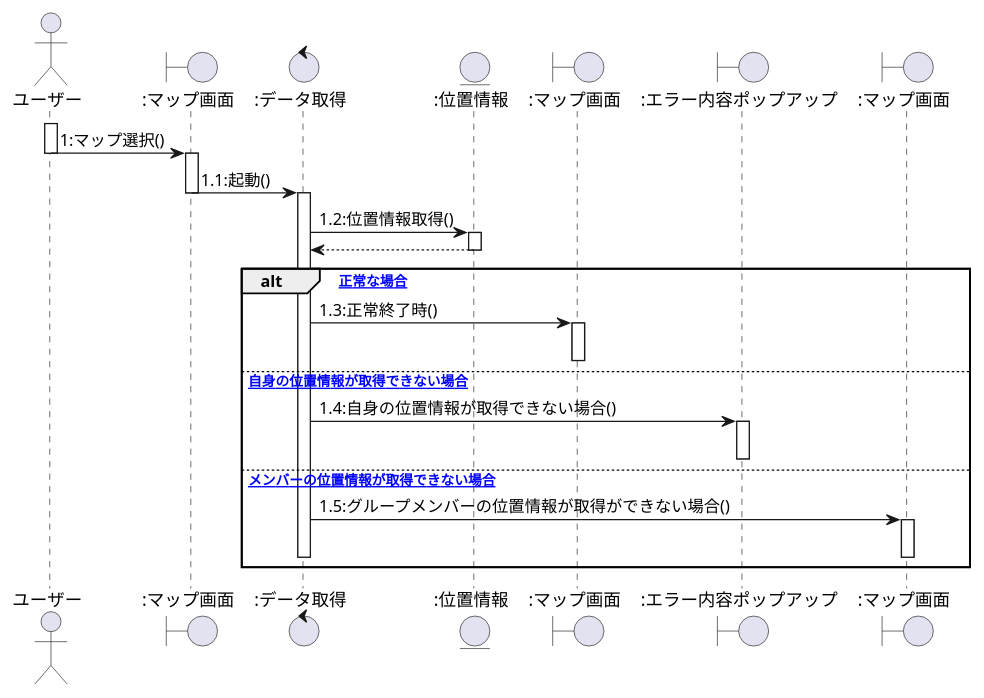
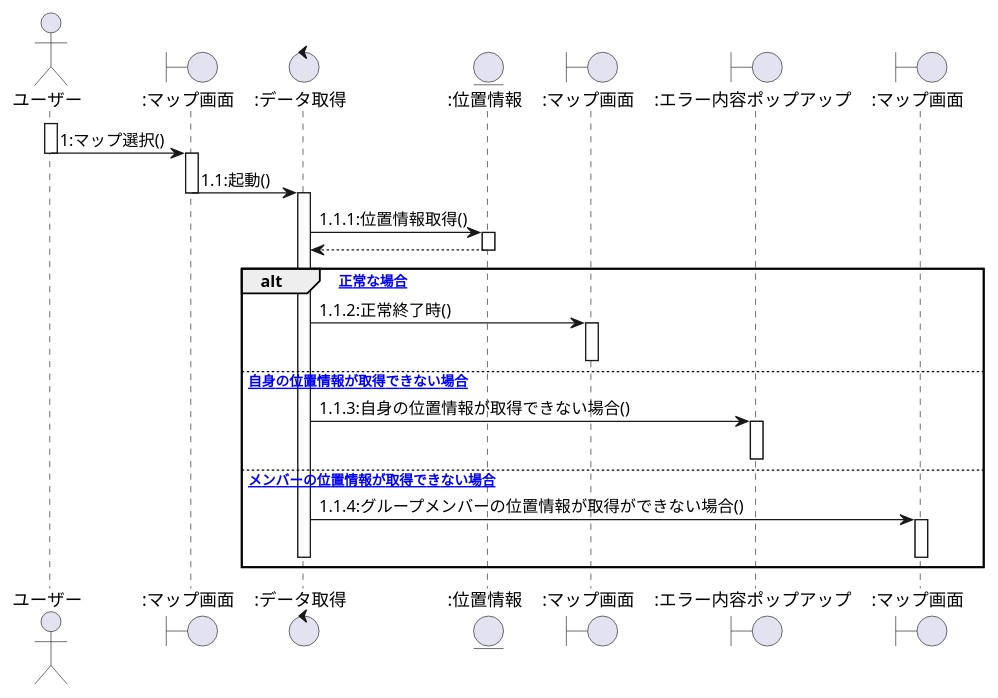
The seventh of 8 diagrams in user2_sequence.plantuml (ksw2270227/GroupF), drawn with PlantUML before and after one commit. The commit also changed other lines of this file, not shown here.

```diff
--- a/user2_sequence.plantuml
+++ b/user2_sequence.plantuml
@@ -207,35 +207,35 @@
 @startuml 位置情報表示シーケンス図
 actor ユーザー as 0
 boundary ":マップ画面" as a
 control ":データ取得" as b
 entity ":位置情報" as c
 boundary ":マップ画面" as d
 boundary ":エラー内容ポップアップ" as e
 boundary ":マップ画面" as f
 
 activate 0
     0 -> a:1:マップ選択()
     deactivate 0
     activate a
     a -> b:1.1:起動()
     deactivate a
     activate b
-    b -> c:1.2:位置情報取得()
+    b -> c:1.1.1:位置情報取得()
     activate c
     c --> b
     deactivate c 
     alt [正常な場合]
-    b -> d:1.3:正常終了時()
+    b -> d:1.1.2:正常終了時()
     activate d
     deactivate d
     else [自身の位置情報が取得できない場合]
-    b -> e:1.4:自身の位置情報が取得できない場合()
+    b -> e:1.1.3:自身の位置情報が取得できない場合()
     activate e
     deactivate e
     else [メンバーの位置情報が取得できない場合]
-    b -> f:1.5:グループメンバーの位置情報が取得ができない場合()
+    b -> f:1.1.4:グループメンバーの位置情報が取得ができない場合()
     activate f
     deactivate f
     deactivate b
     end
 @enduml
```
